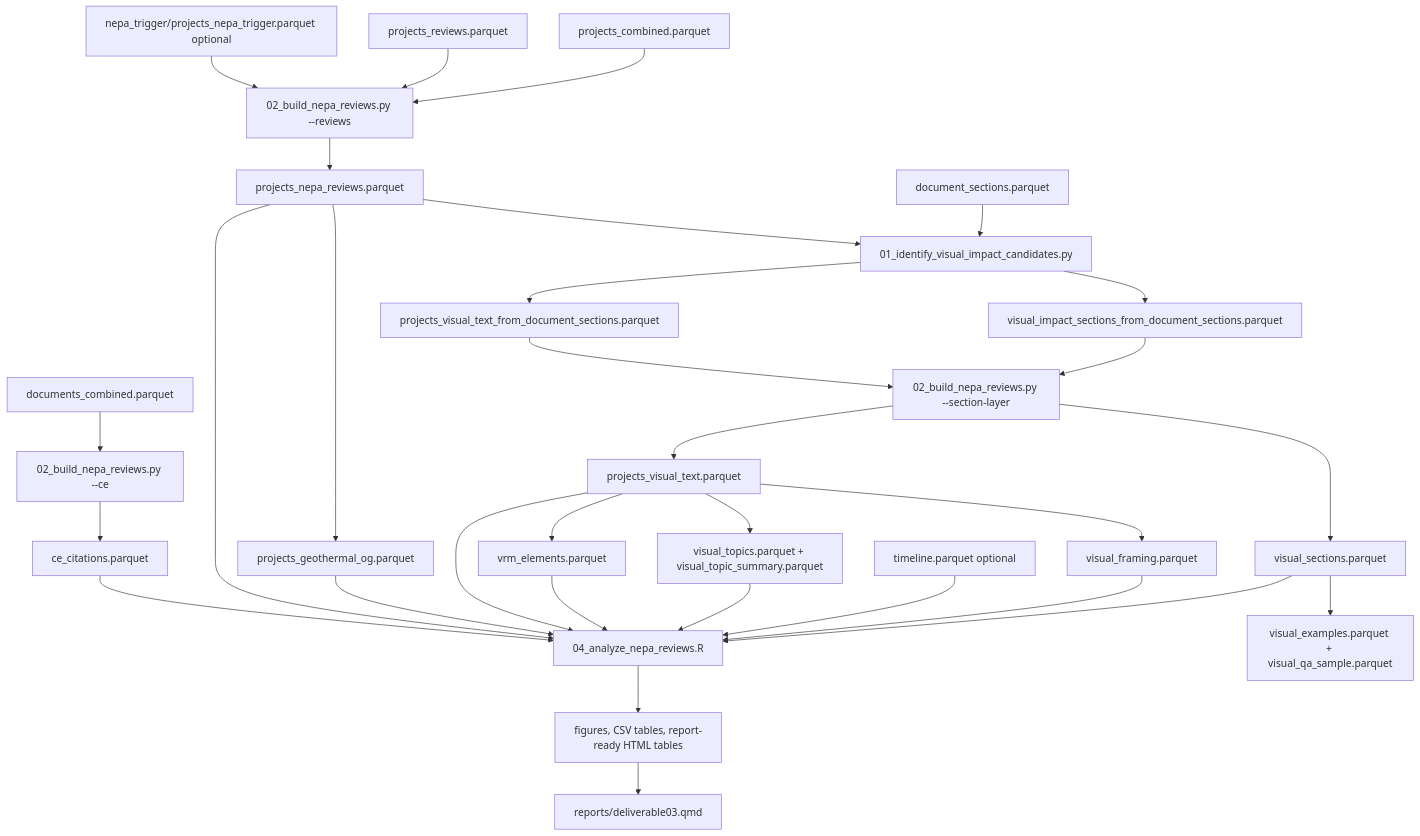
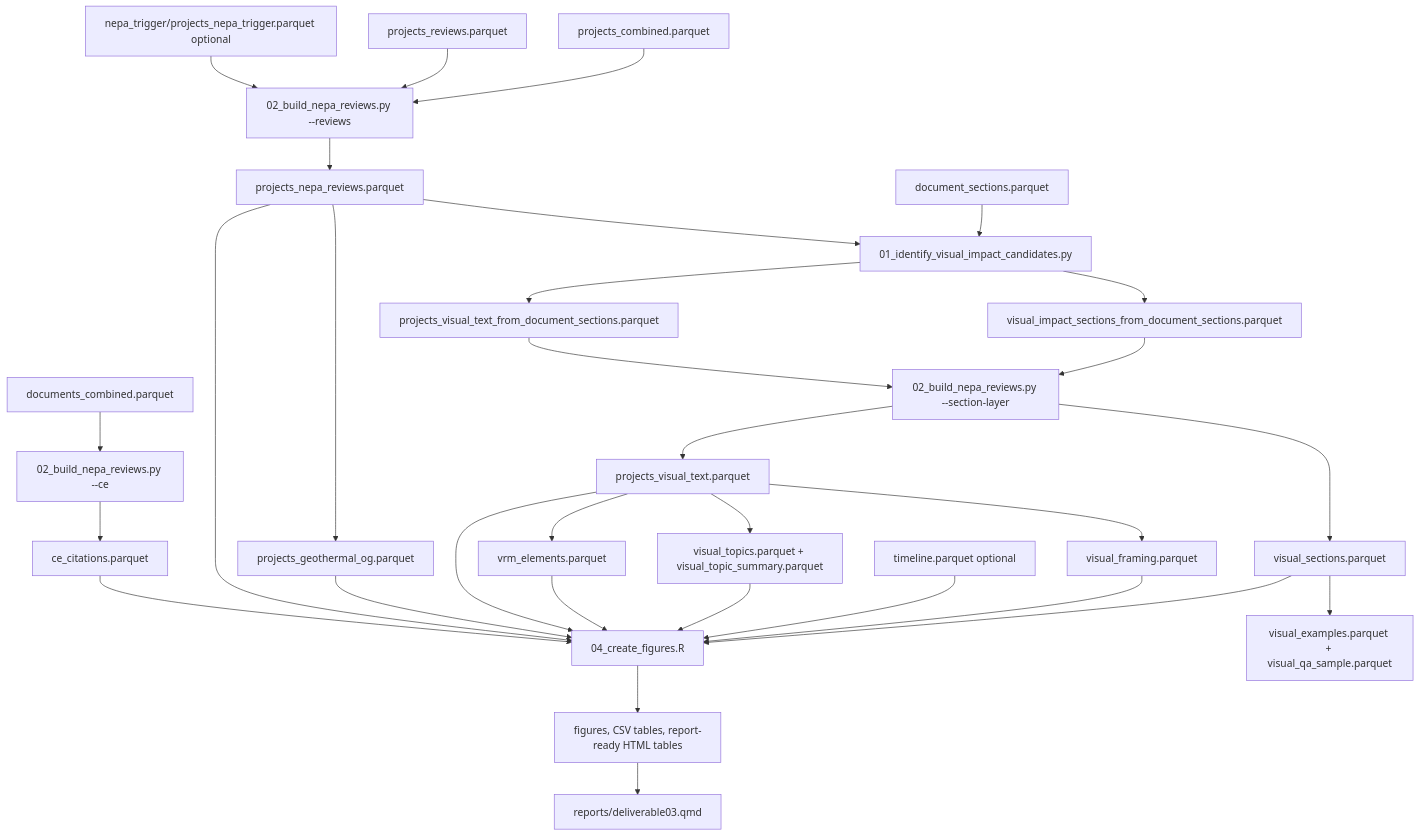
Before and after one commit to kaseyzapatka/nepa: the diagram in phase2/architecture/deliverables/deliverable03.md, drawn with Mermaid. The commit also changed other lines of this file and 74 other files, not shown here.

Commit message:
[phase2] add .rds sidecars to figure scripts, update refs, refresh figures

````diff
--- a/phase2/architecture/deliverables/deliverable03.md
+++ b/phase2/architecture/deliverables/deliverable03.md
@@ -11,36 +11,36 @@
 ```mermaid
 flowchart TD
     A[projects_combined.parquet] --> B[02_build_nepa_reviews.py --reviews]
     C[projects_reviews.parquet] --> B
     D[nepa_trigger/projects_nepa_trigger.parquet optional] --> B
     B --> E[projects_nepa_reviews.parquet]
 
     F[documents_combined.parquet] --> G[02_build_nepa_reviews.py --ce]
     G --> H[ce_citations.parquet]
 
     I[document_sections.parquet] --> J[01_identify_visual_impact_candidates.py]
     E --> J
     J --> K[visual_impact_sections_from_document_sections.parquet]
     J --> L[projects_visual_text_from_document_sections.parquet]
     K --> M[02_build_nepa_reviews.py --section-layer]
     L --> M
     M --> N[visual_sections.parquet]
     M --> O[projects_visual_text.parquet]
     O --> P[visual_framing.parquet]
     O --> Q[visual_topics.parquet + visual_topic_summary.parquet]
     O --> R[vrm_elements.parquet]
     N --> S[visual_examples.parquet + visual_qa_sample.parquet]
 
     E --> T[projects_geothermal_og.parquet]
-    E --> U[04_analyze_nepa_reviews.R]
+    E --> U[04_create_figures.R]
     H --> U
     N --> U
     O --> U
     P --> U
     Q --> U
     R --> U
     T --> U
     V[timeline.parquet optional] --> U
     U --> W[figures, CSV tables, report-ready HTML tables]
     W --> X[reports/deliverable03.qmd]
 ```
````
